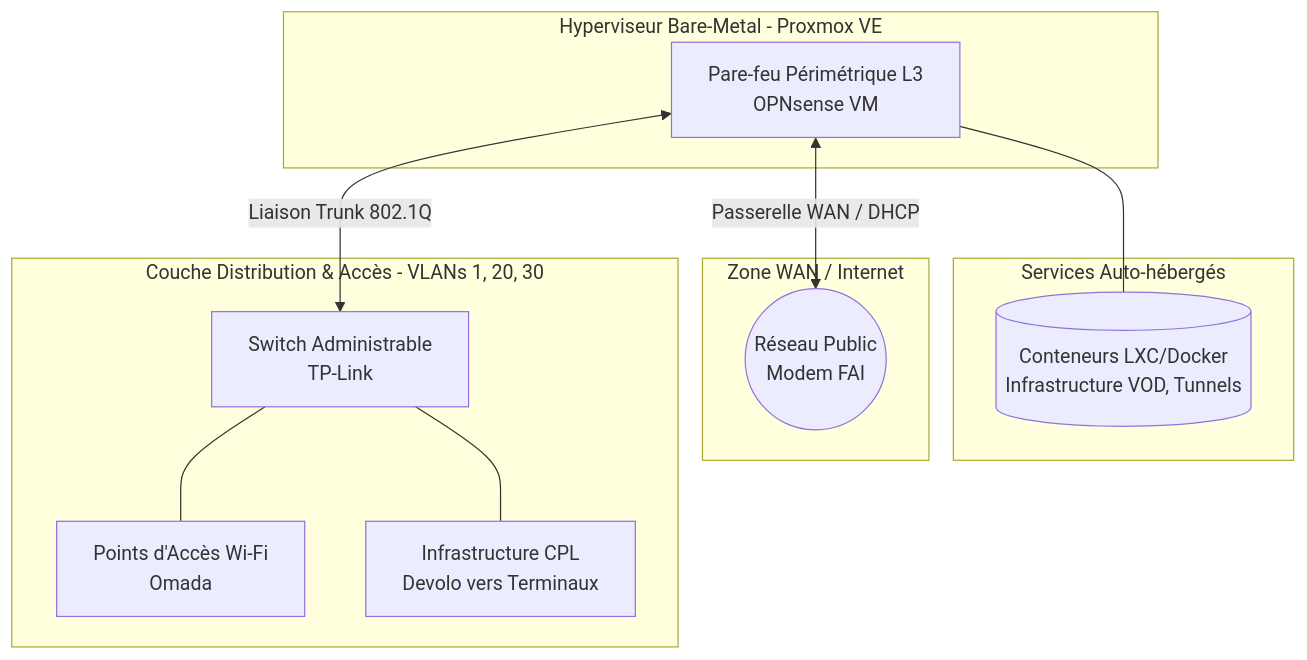
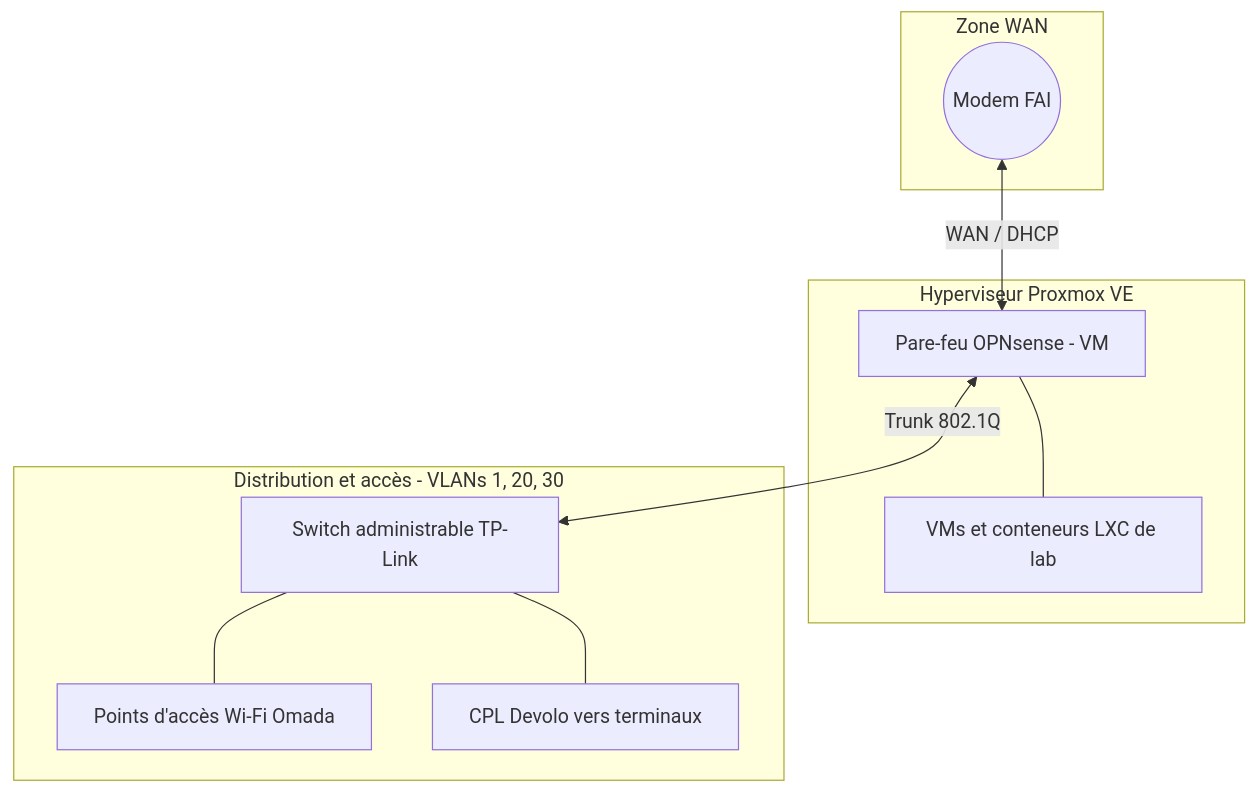
The diagram in Homelab.md (JulianKuypers/portfolio), drawn with Mermaid before and after one commit. The commit also changed other lines of this file, not shown here.

````diff
--- a/Homelab.md
+++ b/Homelab.md
@@ -5,32 +5,23 @@
 ```mermaid
 graph TD
-    %% 1. Zone Serveurs et Services
-    subgraph DMZ [Services Auto-hébergés]
-        Docker[(Conteneurs LXC/Docker<br/>Infrastructure VOD, Tunnels)]
+    subgraph WAN [Zone WAN]
+        ISP((Modem FAI))
     end
 
-    %% 2. Cœur de réseau virtualisé
-    subgraph Hypervisor [Hyperviseur Bare-Metal - Proxmox VE]
-        OPN[Pare-feu Périmétrique L3<br/>OPNsense VM]
+    subgraph Hyperviseur [Hyperviseur Proxmox VE]
+        OPN[Pare-feu OPNsense - VM]
+        LAB[VMs et conteneurs LXC de lab]
     end
 
-    %% 3. Zone WAN / Internet
-    subgraph WAN [Zone WAN / Internet]
-        ISP((Réseau Public<br/>Modem FAI))
-    end
-
-    %% 4. Couche Accès Physique
-    subgraph Access [Couche Distribution & Accès - VLANs 1, 20, 30]
-        Switch[Switch Administrable<br/>TP-Link]
-        AP[Points d'Accès Wi-Fi<br/>Omada]
-        CPL[Infrastructure CPL<br/>Devolo vers Terminaux]
-
+    subgraph Acces [Distribution et accès - VLANs 1, 20, 30]
+        Switch[Switch administrable TP-Link]
+        AP[Points d'accès Wi-Fi Omada]
+        CPL[CPL Devolo vers terminaux]
         Switch --- AP
         Switch --- CPL
     end
 
-    %% 5. Connexions finales
-    OPN --- Docker
-    OPN <-->|Passerelle WAN / DHCP| ISP
-    OPN <-->|Liaison Trunk 802.1Q| Switch
+    ISP <-->|WAN / DHCP| OPN
+    OPN <-->|Trunk 802.1Q| Switch
+    OPN --- LAB
 ```
````
